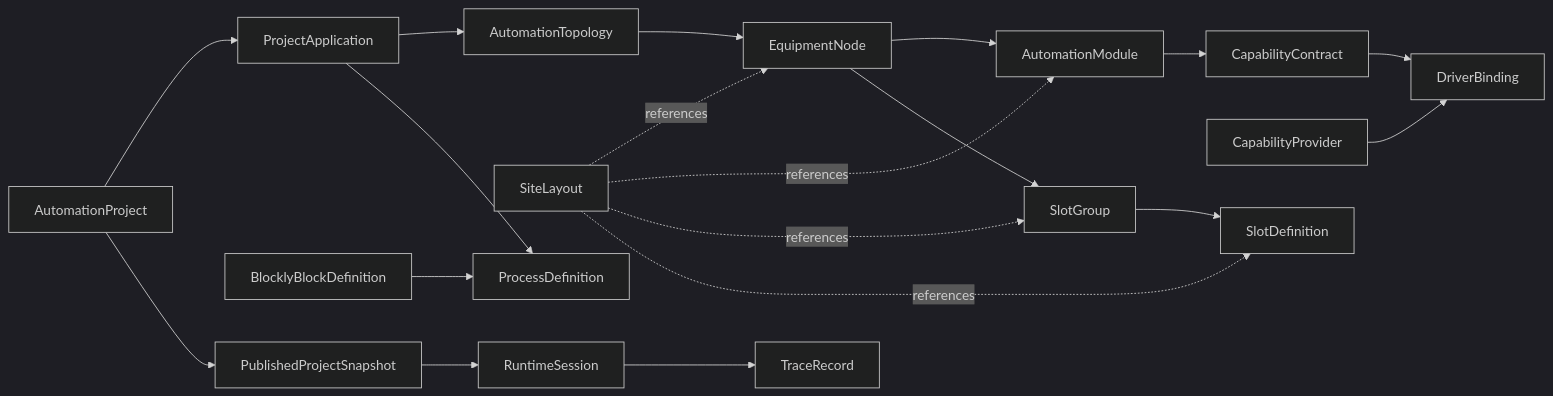
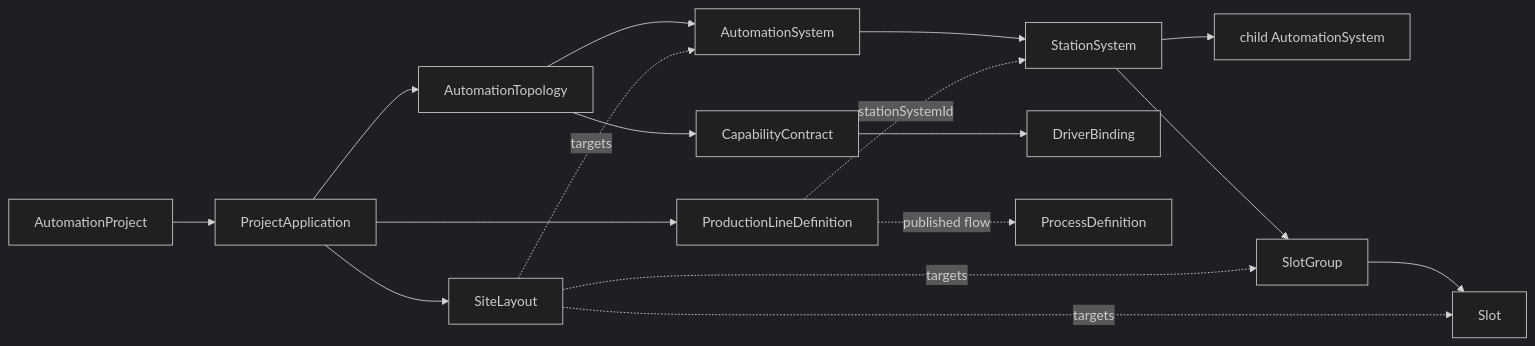
The first of 2 diagrams in docs/composable-building-block-architecture.md (hjqcan/openlineops), drawn with Mermaid (dark theme) before and after one commit. The commit also changed other lines of this file and 287 other files, not shown here.

````diff
--- a/docs/composable-building-block-architecture.md
+++ b/docs/composable-building-block-architecture.md
@@ -131,38 +124,19 @@
 ```mermaid
 flowchart LR
-    Project["AutomationProject"]
-    App["ProjectApplication"]
-    Topology["AutomationTopology"]
-    Node["EquipmentNode"]
-    Module["AutomationModule"]
-    Capability["CapabilityContract"]
-    Provider["CapabilityProvider"]
-    Binding["DriverBinding"]
-    Group["SlotGroup"]
-    Slot["SlotDefinition"]
-    Layout["SiteLayout"]
-    Block["BlocklyBlockDefinition"]
-    Flow["ProcessDefinition"]
-    Snapshot["PublishedProjectSnapshot"]
-    Runtime["RuntimeSession"]
-    Trace["TraceRecord"]
-
-    Project --> App
-    App --> Topology
-    Topology --> Node
-    Node --> Module
-    Module --> Capability
-    Capability --> Binding
-    Provider --> Binding
-    Node --> Group
-    Group --> Slot
-    Layout -.references.-> Node
-    Layout -.references.-> Module
-    Layout -.references.-> Group
-    Layout -.references.-> Slot
-    Block --> Flow
-    App --> Flow
-    Project --> Snapshot
-    Snapshot --> Runtime
-    Runtime --> Trace
+  Project["AutomationProject"] --> Application["ProjectApplication"]
+  Application --> Topology["AutomationTopology"]
+  Topology --> System["AutomationSystem"]
+  System --> Station["StationSystem"]
+  Station --> ChildSystem["child AutomationSystem"]
+  Station --> Group["SlotGroup"]
+  Group --> Slot["Slot"]
+  Topology --> Capability["CapabilityContract"]
+  Capability --> Binding["DriverBinding"]
+  Application --> Layout["SiteLayout"]
+  Layout -. "targets" .-> System
+  Layout -. "targets" .-> Group
+  Layout -. "targets" .-> Slot
+  Application --> Line["ProductionLineDefinition"]
+  Line -. "stationSystemId" .-> Station
+  Line -. "published flow" .-> Flow["ProcessDefinition"]
 ```
````
